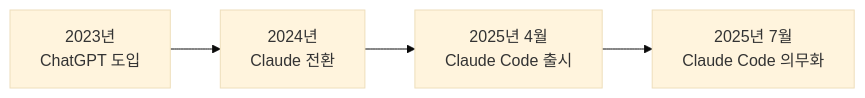
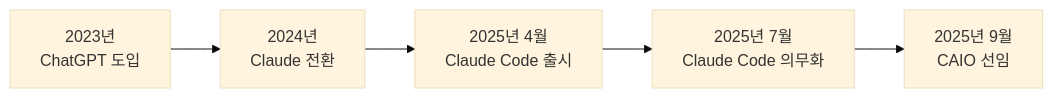
One commit to nugurejeil/weniVooks changed the first of 2 diagrams in _md/essentials-vibecoding/chapter01/01-2.md. Above: the diagram before and after it, drawn with Mermaid (base theme). The commit also changed other lines of this file and 3 other files, not shown here.

````diff
--- a/_md/essentials-vibecoding/chapter01/01-2.md
+++ b/_md/essentials-vibecoding/chapter01/01-2.md
@@ -13,6 +13,7 @@
 ```mermaid
 flowchart LR
     A["2023년<br/>ChatGPT 도입"] --> B["2024년<br/>Claude 전환"]
     B --> C["2025년 4월<br/>Claude Code 출시"]
     C --> D["2025년 7월<br/>Claude Code 의무화"]
+    D --> E["2025년 9월<br/>CAIO 선임"]
 ```
````
